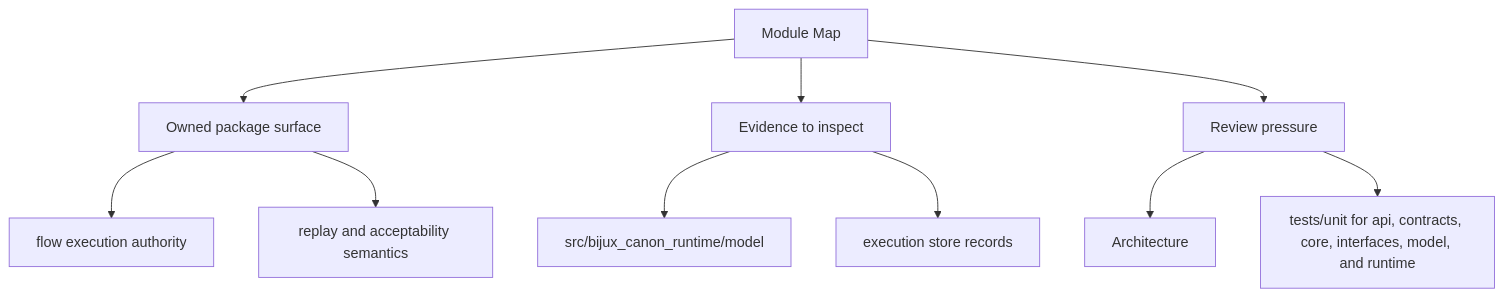
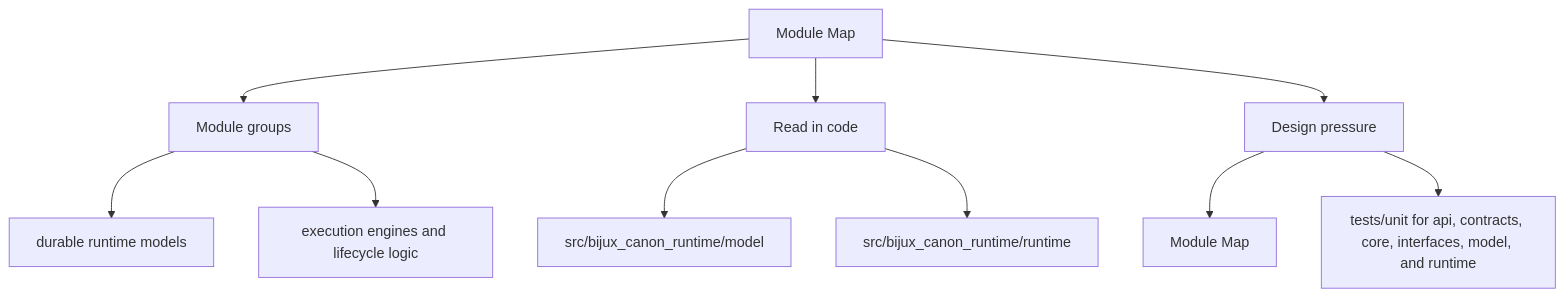
Before and after one commit to bijux/bijux-canon: the second of 2 diagrams in docs/bijux-canon-runtime/architecture/module-map.md, drawn with Mermaid. The commit also changed other lines of this file and 250 other files, not shown here.

Commit message:
docs(diagrams): make product page maps more readable

````diff
--- a/docs/bijux-canon-runtime/architecture/module-map.md
+++ b/docs/bijux-canon-runtime/architecture/module-map.md
@@ -35,22 +35,22 @@
 ```mermaid
 flowchart TD
     page["Module Map"]
-    focus1["Owned package surface"]
+    focus1["Module groups"]
     page --> focus1
-    focus1_1["flow execution authority"]
+    focus1_1["durable runtime models"]
     focus1 --> focus1_1
-    focus1_2["replay and acceptability semantics"]
+    focus1_2["execution engines and lifecycle logic"]
     focus1 --> focus1_2
-    focus2["Evidence to inspect"]
+    focus2["Read in code"]
     page --> focus2
     focus2_1["src/bijux_canon_runtime/model"]
     focus2 --> focus2_1
-    focus2_2["execution store records"]
+    focus2_2["src/bijux_canon_runtime/runtime"]
     focus2 --> focus2_2
-    focus3["Review pressure"]
+    focus3["Design pressure"]
     page --> focus3
-    focus3_1["Architecture"]
+    focus3_1["Module Map"]
     focus3 --> focus3_1
     focus3_2["tests/unit for api, contracts, core, interfaces, model, and runtime"]
     focus3 --> focus3_2
 ```
````
